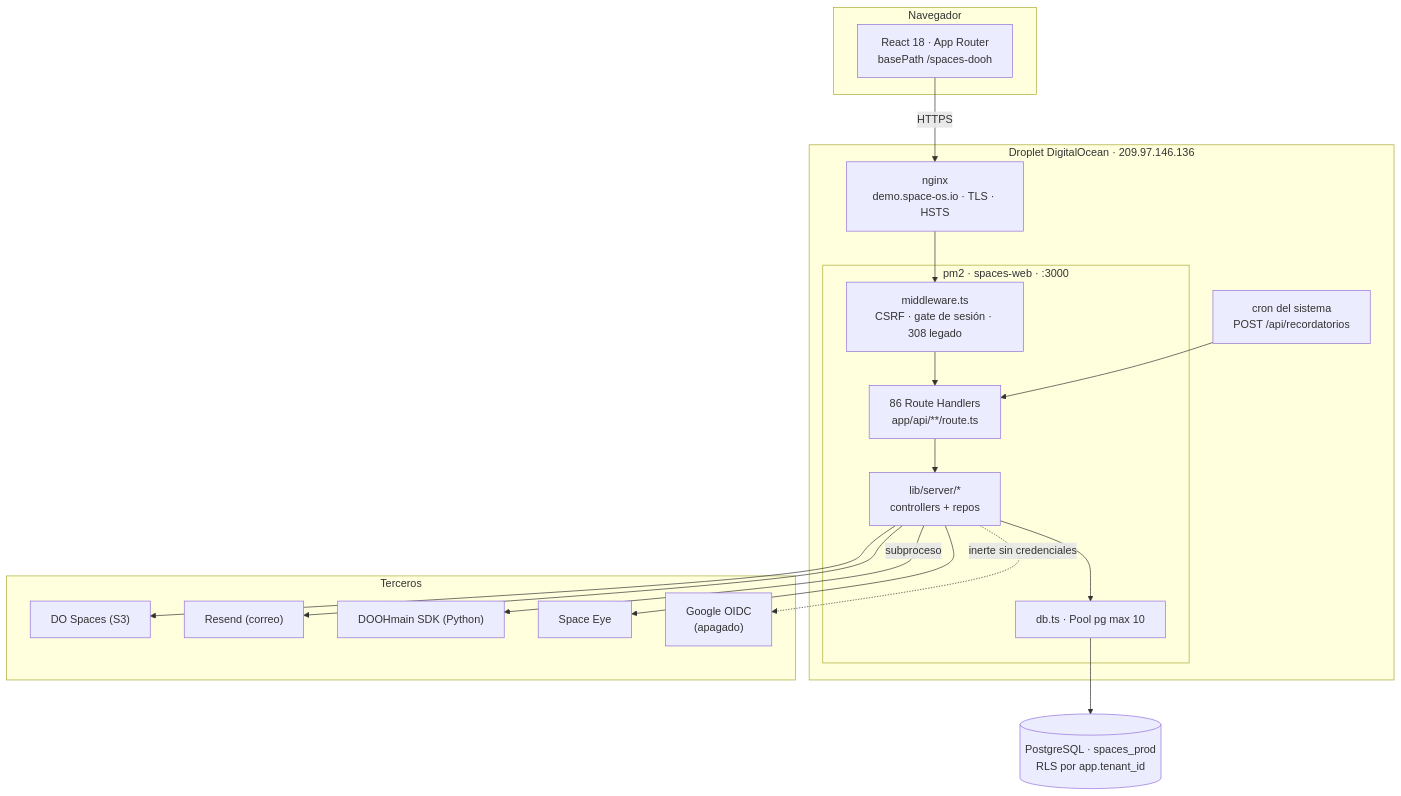
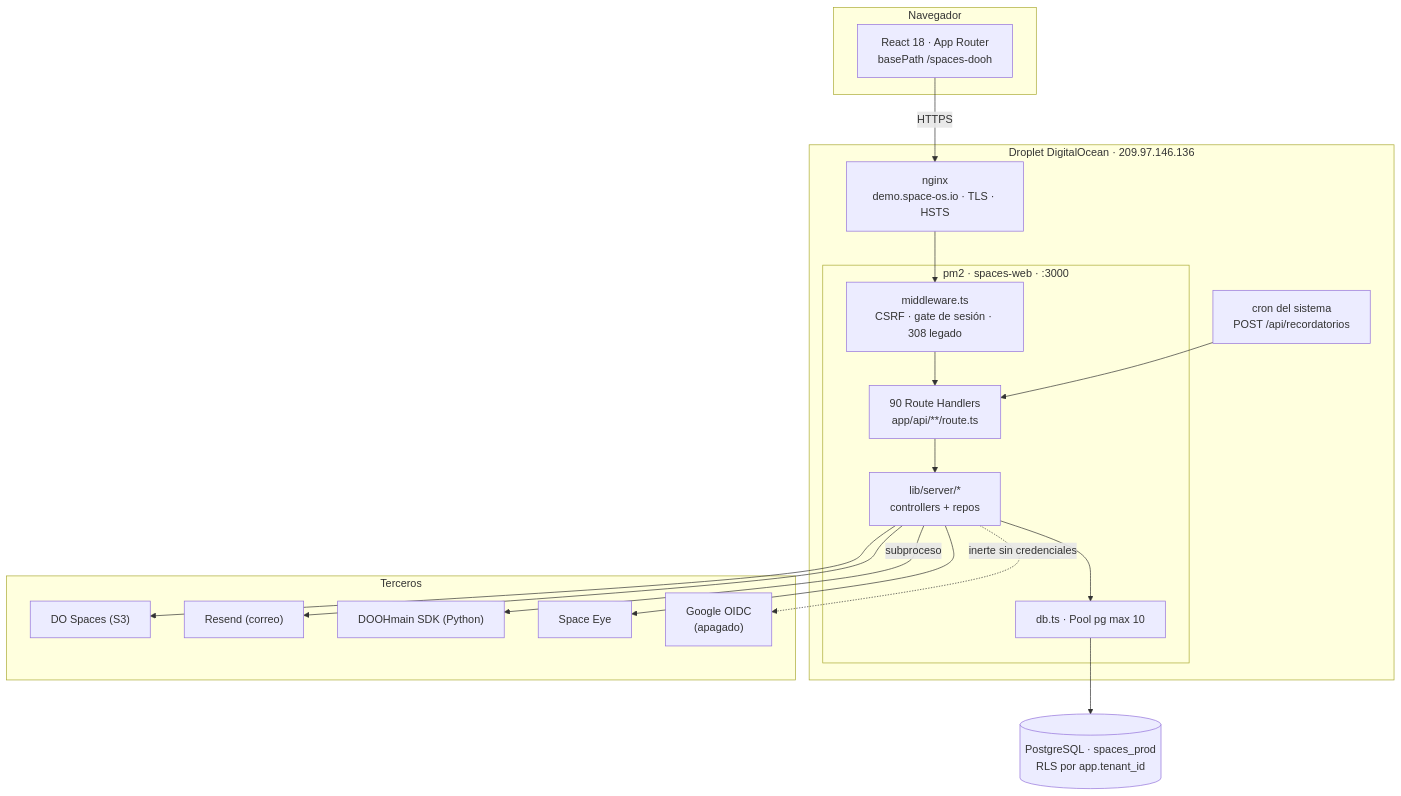
Before and after one commit to emiliano-cyber/spaces_dooh_new: the first of 2 diagrams in vault/01-Arquitectura/vision-general.md, drawn with Mermaid. The commit also changed other lines of this file and 7 other files, not shown here.

````diff
--- a/vault/01-Arquitectura/vision-general.md
+++ b/vault/01-Arquitectura/vision-general.md
@@ -113,35 +122,35 @@
 ```mermaid
 flowchart TB
     subgraph nav["Navegador"]
         UI["React 18 · App Router<br/>basePath /spaces-dooh"]
     end
 
     subgraph droplet["Droplet DigitalOcean · 209.97.146.136"]
         NGX["nginx<br/>demo.space-os.io · TLS · HSTS"]
         subgraph pm2["pm2 · spaces-web · :3000"]
             MW["middleware.ts<br/>CSRF · gate de sesión · 308 legado"]
-            RH["86 Route Handlers<br/>app/api/**/route.ts"]
+            RH["90 Route Handlers<br/>app/api/**/route.ts"]
             SRV["lib/server/*<br/>controllers + repos"]
             POOL["db.ts · Pool pg max 10"]
         end
         CRON["cron del sistema<br/>POST /api/recordatorios"]
     end
 
     PG[("PostgreSQL · spaces_prod<br/>RLS por app.tenant_id")]
 
     subgraph ext["Terceros"]
         S3["DO Spaces (S3)"]
         RSND["Resend (correo)"]
         DOOH["DOOHmain SDK (Python)"]
         SEYE["Space Eye"]
         GOOG["Google OIDC<br/>(apagado)"]
     end
 
     UI -->|HTTPS| NGX --> MW --> RH --> SRV --> POOL --> PG
     CRON --> RH
     SRV --> S3
     SRV --> RSND
     SRV -->|subproceso| DOOH
     SRV --> SEYE
     SRV -.->|inerte sin credenciales| GOOG
 ```
````
